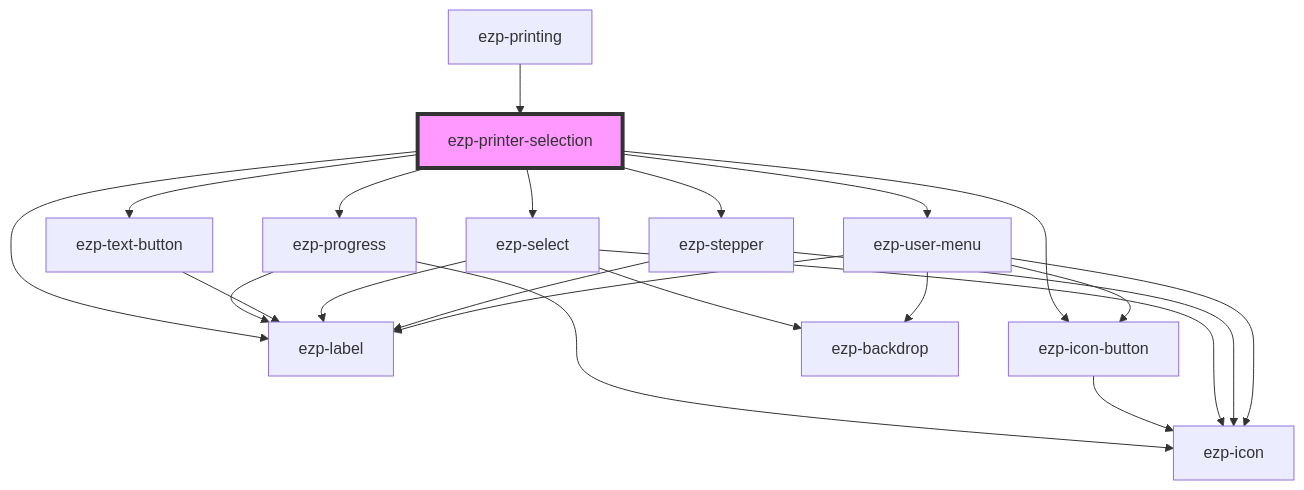
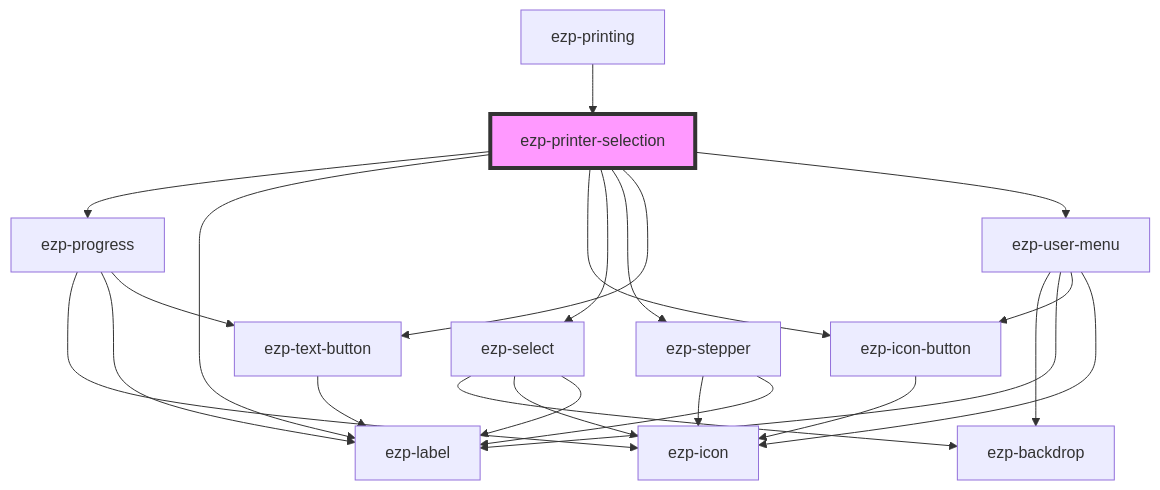
Before and after one commit to ezeep/ezeep-js: the diagram in src/components/ezp-printer-selection/readme.md, drawn with Mermaid. The commit also changed other lines of this file and 5 other files, not shown here.

````diff
--- a/src/components/ezp-printer-selection/readme.md
+++ b/src/components/ezp-printer-selection/readme.md
@@ -41,25 +42,26 @@
 ```mermaid
 graph TD;
   ezp-printer-selection --> ezp-progress
-  ezp-printer-selection --> ezp-text-button
   ezp-printer-selection --> ezp-label
   ezp-printer-selection --> ezp-icon-button
   ezp-printer-selection --> ezp-select
   ezp-printer-selection --> ezp-stepper
+  ezp-printer-selection --> ezp-text-button
   ezp-printer-selection --> ezp-user-menu
   ezp-progress --> ezp-icon
   ezp-progress --> ezp-label
+  ezp-progress --> ezp-text-button
   ezp-text-button --> ezp-label
   ezp-icon-button --> ezp-icon
   ezp-select --> ezp-backdrop
   ezp-select --> ezp-icon
   ezp-select --> ezp-label
   ezp-stepper --> ezp-icon
   ezp-stepper --> ezp-label
   ezp-user-menu --> ezp-backdrop
   ezp-user-menu --> ezp-label
   ezp-user-menu --> ezp-icon-button
   ezp-user-menu --> ezp-icon
   ezp-printing --> ezp-printer-selection
   style ezp-printer-selection fill:#f9f,stroke:#333,stroke-width:4px
 ```
````
